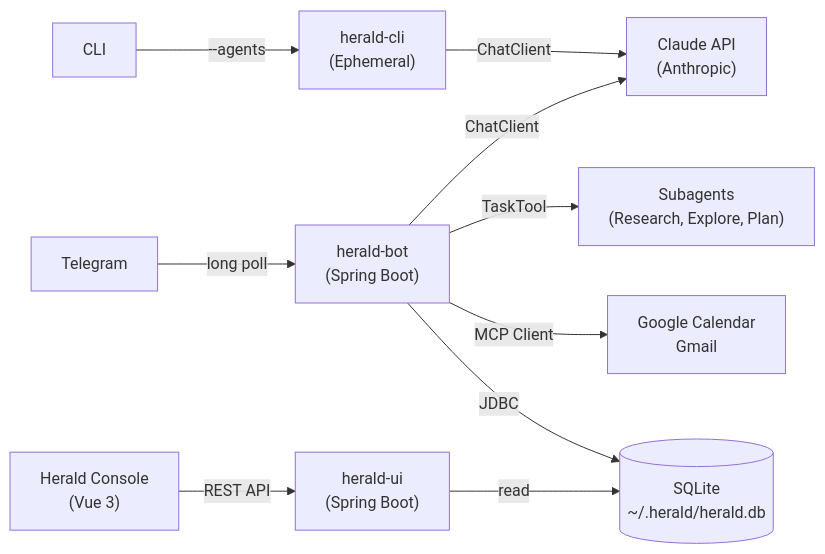
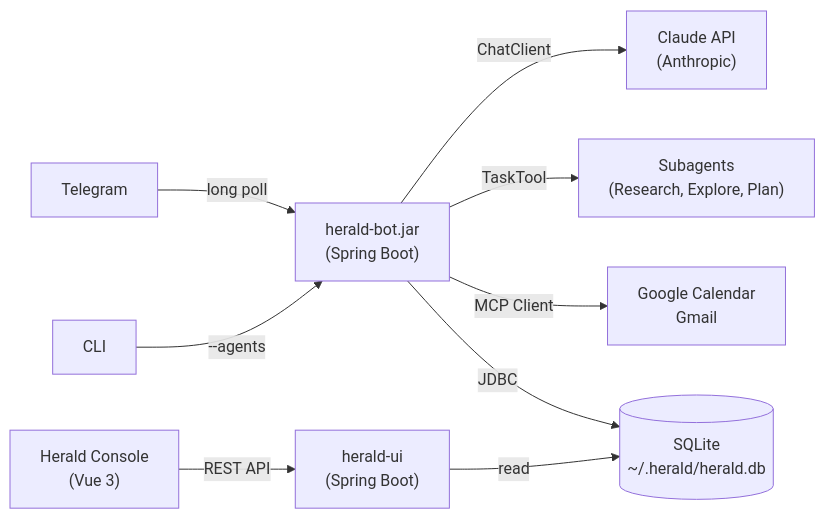
One commit to dbbaskette/herald changed the first of 4 diagrams in README.md. Above: the diagram before and after it, drawn with Mermaid. The commit also changed other lines of this file and 8 other files, not shown here.

First line of the commit message:
refactor: collapse herald-cli into herald-core — one JAR, two personalities

````diff
--- a/README.md
+++ b/README.md
@@ -99,12 +108,11 @@
 ```mermaid
 flowchart LR
-    A["Telegram"] -->|long poll| B["herald-bot<br/>(Spring Boot)"]
+    A["Telegram"] -->|long poll| B["herald-bot.jar<br/>(Spring Boot)"]
     B -->|ChatClient| C["Claude API<br/>(Anthropic)"]
     B -->|TaskTool| D["Subagents<br/>(Research, Explore, Plan)"]
     B -->|MCP Client| E["Google Calendar<br/>Gmail"]
     B -->|JDBC| F[("SQLite<br/>~/.herald/herald.db")]
     G["Herald Console<br/>(Vue 3)"] -->|REST API| H["herald-ui<br/>(Spring Boot)"]
     H -->|read| F
-    I["CLI"] -->|--agents| J["herald-cli<br/>(Ephemeral)"]
-    J -->|ChatClient| C
+    I["CLI"] -->|--agents| B
 ```
````
